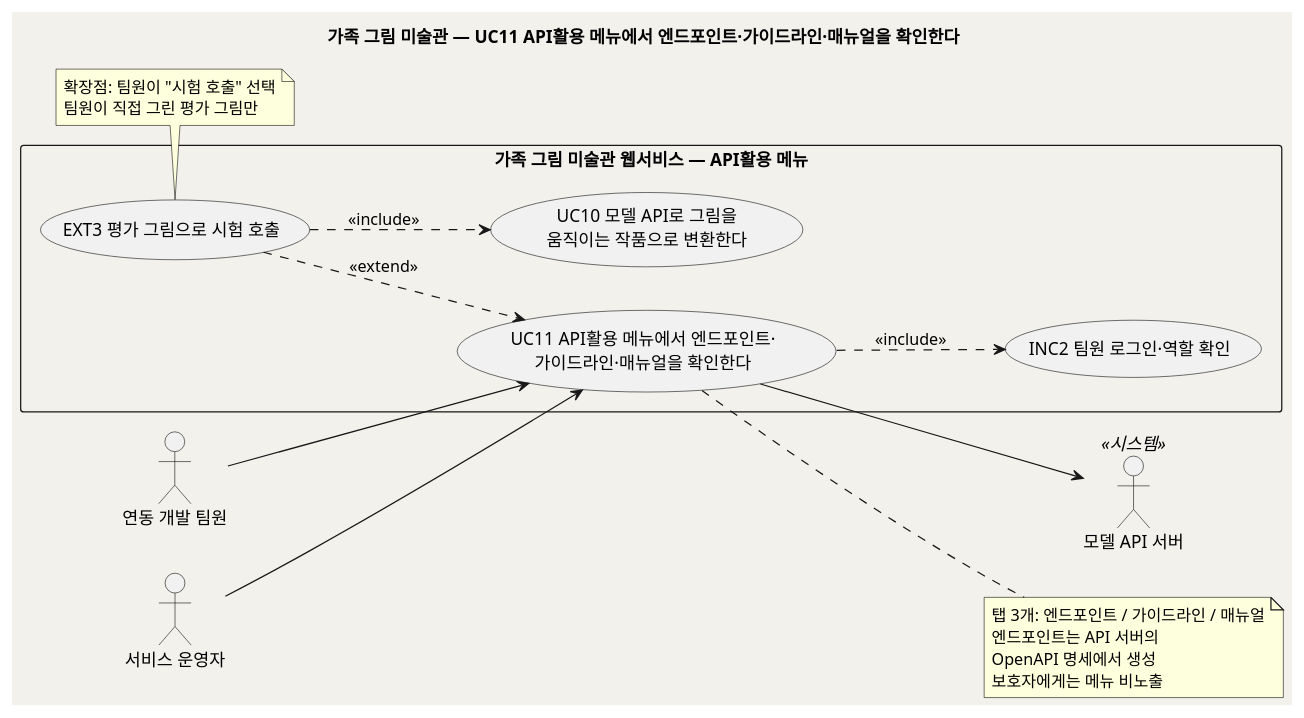
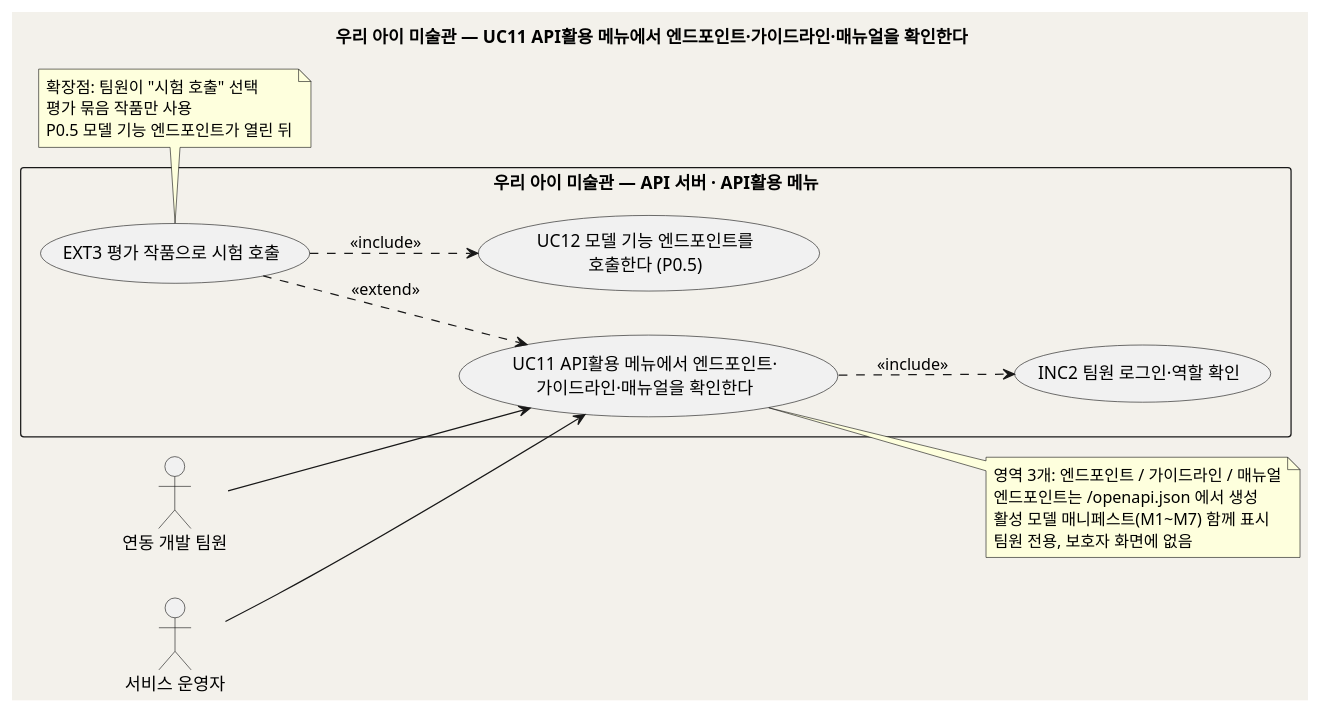
Before and after one commit to kids-gallery/uri-gallery: the first of 2 diagrams in design/UC_11_API활용메뉴.md, drawn with PlantUML. The commit also changed other lines of this file and 23 other files, not shown here.

````diff
--- a/design/UC_11_API활용메뉴.md
+++ b/design/UC_11_API활용메뉴.md
@@ -45,37 +119,36 @@
 ```plantuml
-@startuml uc_family_gallery_11
+@startuml uc_uri_ai_gallery_11
 skinparam backgroundColor #F3F1EB
 skinparam shadowing false
 left to right direction
-title 가족 그림 미술관 — UC11 API활용 메뉴에서 엔드포인트·가이드라인·매뉴얼을 확인한다
+title 우리 아이 미술관 — UC11 API활용 메뉴에서 엔드포인트·가이드라인·매뉴얼을 확인한다
 
 actor "연동 개발 팀원" as Dev
 actor "서비스 운영자" as Ops
-actor "모델 API 서버" as API <<시스템>>
 
-rectangle "가족 그림 미술관 웹서비스 — API활용 메뉴" {
+rectangle "우리 아이 미술관 — API 서버 · API활용 메뉴" {
   usecase "UC11 API활용 메뉴에서 엔드포인트·\n가이드라인·매뉴얼을 확인한다" as UC11
   usecase "INC2 팀원 로그인·역할 확인" as INC2
-  usecase "EXT3 평가 그림으로 시험 호출" as EXT3
-  usecase "UC10 모델 API로 그림을\n움직이는 작품으로 변환한다" as UC10
+  usecase "EXT3 평가 작품으로 시험 호출" as EXT3
+  usecase "UC12 모델 기능 엔드포인트를\n호출한다 (P0.5)" as UC12
 }
 
 Dev --> UC11
 Ops --> UC11
 UC11 ..> INC2 : <<include>>
 EXT3 ..> UC11 : <<extend>>
-EXT3 ..> UC10 : <<include>>
-UC11 --> API
+EXT3 ..> UC12 : <<include>>
 
 note right of UC11
-  탭 3개: 엔드포인트 / 가이드라인 / 매뉴얼
-  엔드포인트는 API 서버의
-  OpenAPI 명세에서 생성
-  보호자에게는 메뉴 비노출
+  영역 3개: 엔드포인트 / 가이드라인 / 매뉴얼
+  엔드포인트는 /openapi.json 에서 생성
+  활성 모델 매니페스트(M1~M7) 함께 표시
+  팀원 전용, 보호자 화면에 없음
 end note
 note bottom of EXT3
   확장점: 팀원이 "시험 호출" 선택
-  팀원이 직접 그린 평가 그림만
+  평가 묶음 작품만 사용
+  P0.5 모델 기능 엔드포인트가 열린 뒤
 end note
 @enduml
 ```
````
